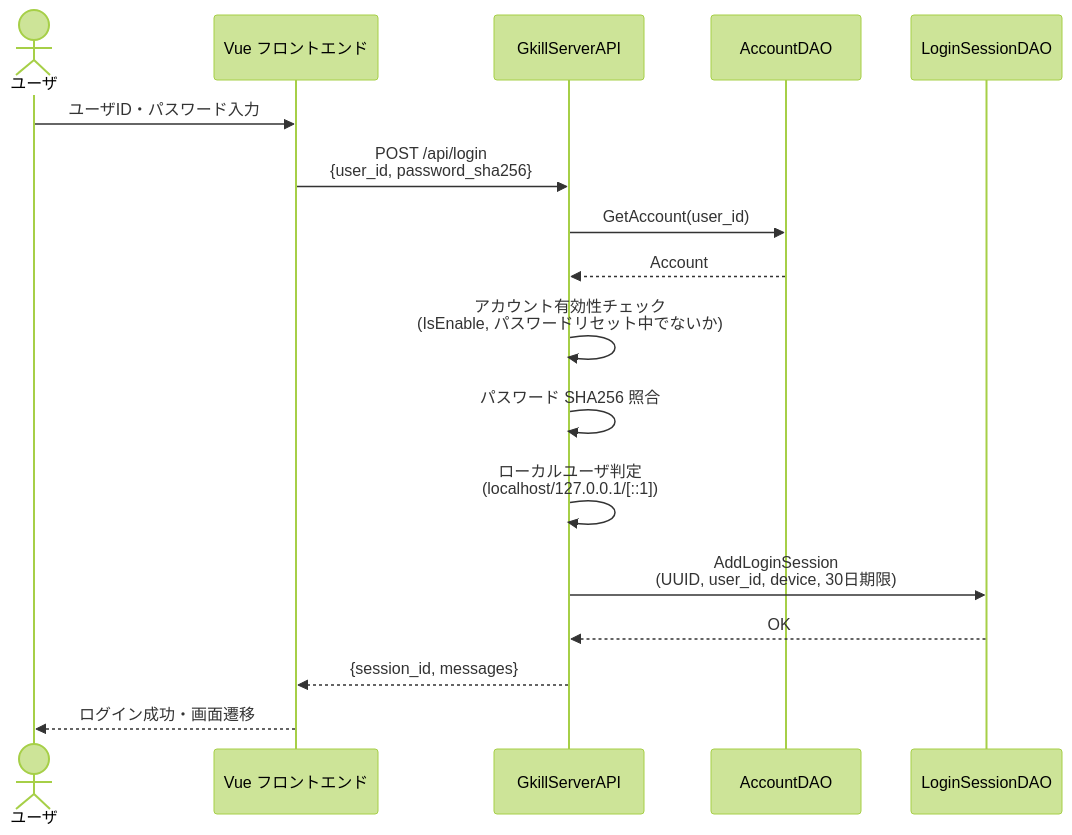
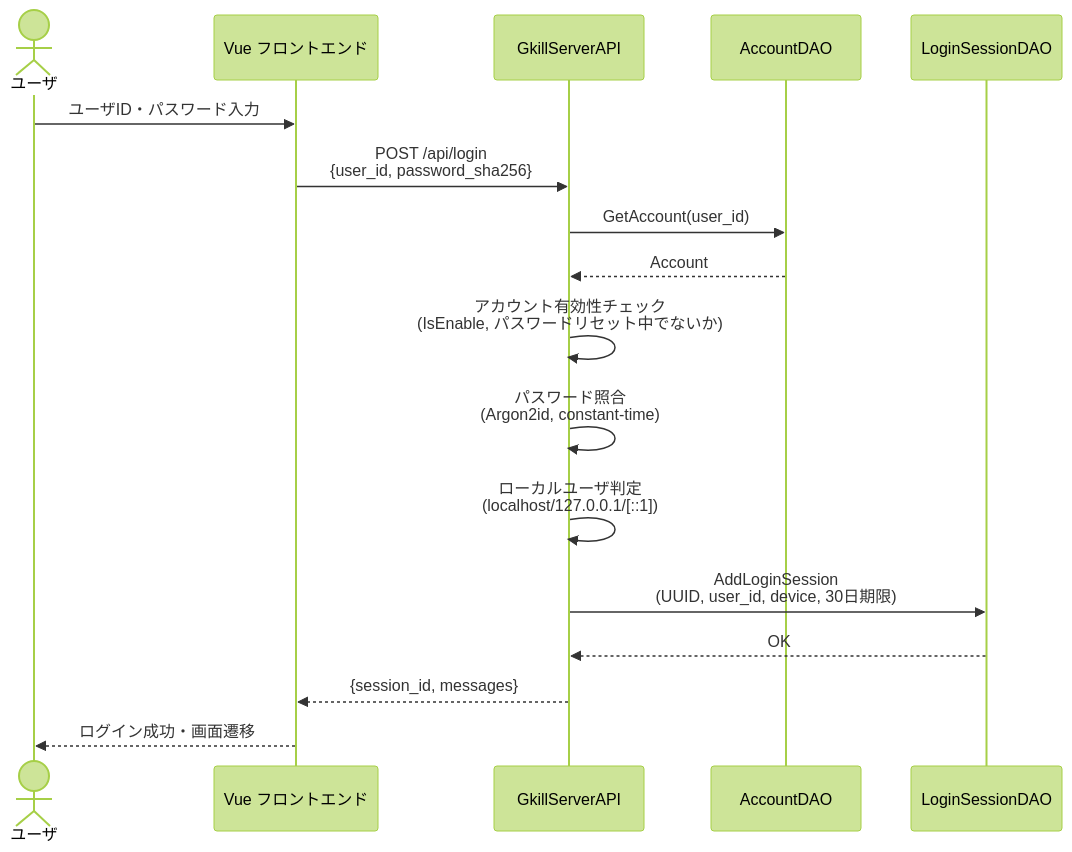
The first of 29 diagrams in documents/reverse/sequence-diagrams.md (mt3hr/gkill), drawn with Mermaid (forest theme) before and after one commit. The commit also changed other lines of this file and 62 other files, not shown here.

````diff
--- a/documents/reverse/sequence-diagrams.md
+++ b/documents/reverse/sequence-diagrams.md
@@ -7,20 +7,20 @@
 ```mermaid
 sequenceDiagram
     actor User as ユーザ
     participant UI as Vue フロントエンド
     participant API as GkillServerAPI
     participant AccDAO as AccountDAO
     participant SesDAO as LoginSessionDAO
 
     User->>UI: ユーザID・パスワード入力
     UI->>API: POST /api/login<br>{user_id, password_sha256}
     API->>AccDAO: GetAccount(user_id)
     AccDAO-->>API: Account
     API->>API: アカウント有効性チェック<br>(IsEnable, パスワードリセット中でないか)
-    API->>API: パスワード SHA256 照合
+    API->>API: パスワード照合<br>(Argon2id, constant-time)
     API->>API: ローカルユーザ判定<br>(localhost/127.0.0.1/[::1])
     API->>SesDAO: AddLoginSession<br>(UUID, user_id, device, 30日期限)
     SesDAO-->>API: OK
     API-->>UI: {session_id, messages}
     UI-->>User: ログイン成功・画面遷移
 ```
````
